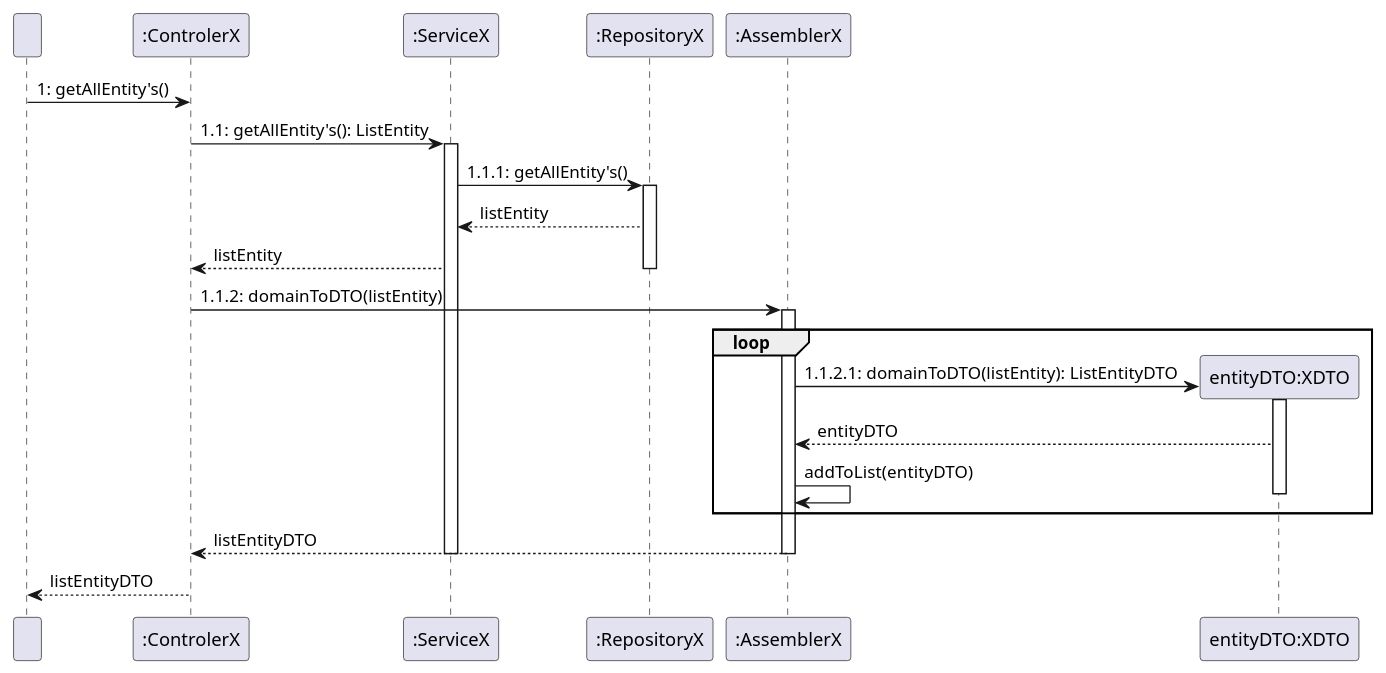
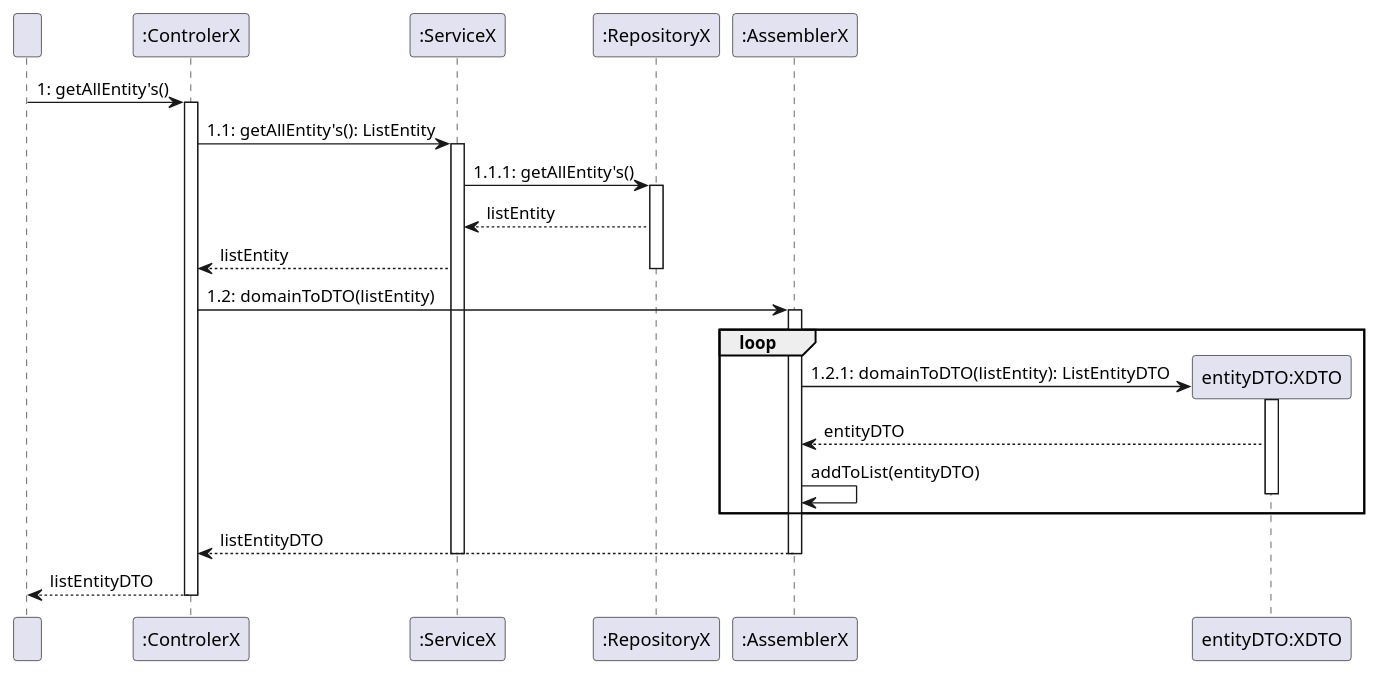
One commit to olivDiogo/SmartHome changed the diagram in docs/general/exampleSequenceDiagrams/GetAllEntitys.puml. Above: the diagram before and after it, drawn with PlantUML. The commit also changed 12 other files, not shown here.

Commit message:
#127 updated diagrams for US04 #59 updated example diagrams

```diff
--- a/docs/general/exampleSequenceDiagrams/GetAllEntitys.puml
+++ b/docs/general/exampleSequenceDiagrams/GetAllEntitys.puml
@@ -1,33 +1,35 @@
 @startuml
 participant "  " as User
 participant ":ControlerX" as Controller
 participant ":ServiceX" as Service
 participant ":RepositoryX" as Repository
 participant ":AssemblerX" as Assembler
 participant "entityDTO:XDTO" as DTO
 
 
 User -> Controller: 1: getAllEntity's()
+activate Controller
 Controller -> Service: 1.1: getAllEntity's(): ListEntity
 activate Service
 Service -> Repository: 1.1.1: getAllEntity's()
 activate Repository
 Repository --> Service: listEntity
 Service --> Controller: listEntity
 deactivate Repository
-Controller -> Assembler: 1.1.2: domainToDTO(listEntity)
+Controller -> Assembler: 1.2: domainToDTO(listEntity)
 activate Assembler
 create DTO
 loop
-Assembler -> DTO: 1.1.2.1: domainToDTO(listEntity): ListEntityDTO
+Assembler -> DTO: 1.2.1: domainToDTO(listEntity): ListEntityDTO
 activate DTO
 DTO --> Assembler: entityDTO
 Assembler -> Assembler: addToList(entityDTO)
 deactivate DTO
 end
 Assembler --> Controller: listEntityDTO
 deactivate Assembler
 deactivate Service
 Controller --> User: listEntityDTO
+deactivate Controller
 
 @enduml
```
